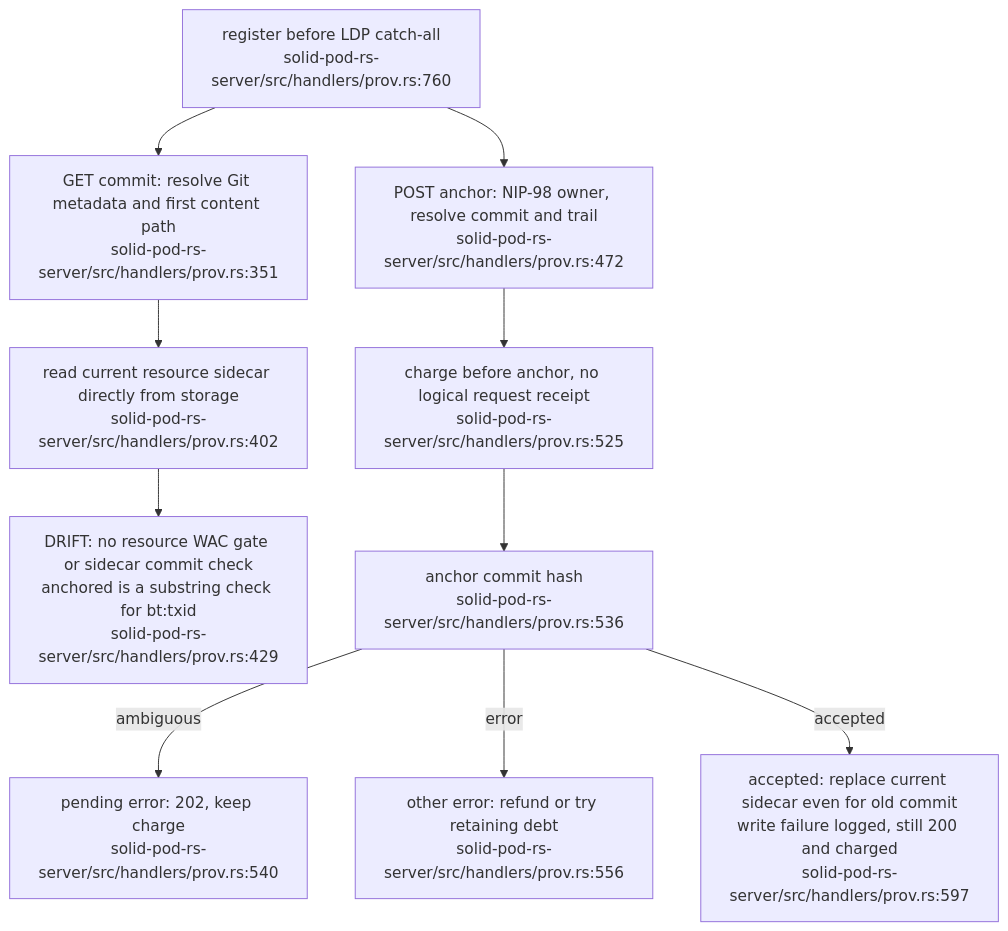
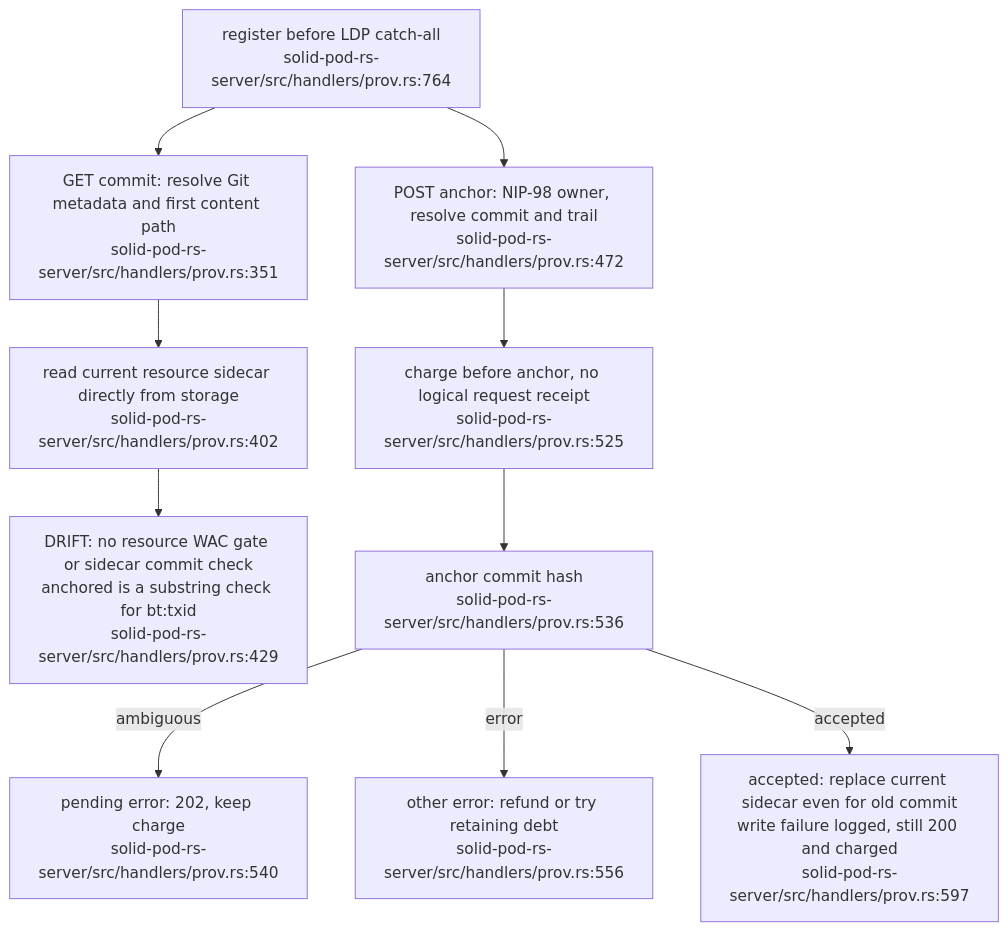
One commit to DreamLab-AI/VisionFlow changed the sixth of 19 diagrams in docs/diagrams/solid-pod-rs/07-provenance-and-payments.md. Above: the diagram before and after it, drawn with Mermaid. The commit also changed other lines of this file and 48 other files, not shown here.

Commit message:
docs: reconcile estate repairs and first diagram refresh batch

````diff
--- a/docs/diagrams/solid-pod-rs/07-provenance-and-payments.md
+++ b/docs/diagrams/solid-pod-rs/07-provenance-and-payments.md
@@ -183,18 +183,18 @@
 ```mermaid
 flowchart TD
-    REG["register before LDP catch-all<br/>solid-pod-rs-server/src/handlers/prov.rs:760"]
+    REG["register before LDP catch-all<br/>solid-pod-rs-server/src/handlers/prov.rs:764"]
     GET["GET commit: resolve Git metadata and first content path<br/>solid-pod-rs-server/src/handlers/prov.rs:351"]
     SC["read current resource sidecar directly from storage<br/>solid-pod-rs-server/src/handlers/prov.rs:402"]
     LEAK["DRIFT: no resource WAC gate or sidecar commit check<br/>anchored is a substring check for bt:txid<br/>solid-pod-rs-server/src/handlers/prov.rs:429"]
     POST["POST anchor: NIP-98 owner, resolve commit and trail<br/>solid-pod-rs-server/src/handlers/prov.rs:472"]
     DEBIT["charge before anchor, no logical request receipt<br/>solid-pod-rs-server/src/handlers/prov.rs:525"]
     ANCHOR["anchor commit hash<br/>solid-pod-rs-server/src/handlers/prov.rs:536"]
     PENDING["pending error: 202, keep charge<br/>solid-pod-rs-server/src/handlers/prov.rs:540"]
     REFUND["other error: refund or try retaining debt<br/>solid-pod-rs-server/src/handlers/prov.rs:556"]
     WRITE["accepted: replace current sidecar even for old commit<br/>write failure logged, still 200 and charged<br/>solid-pod-rs-server/src/handlers/prov.rs:597"]
     REG --> GET --> SC --> LEAK
     REG --> POST --> DEBIT --> ANCHOR
     ANCHOR -- ambiguous --> PENDING
     ANCHOR -- error --> REFUND
     ANCHOR -- accepted --> WRITE
 ```
````
